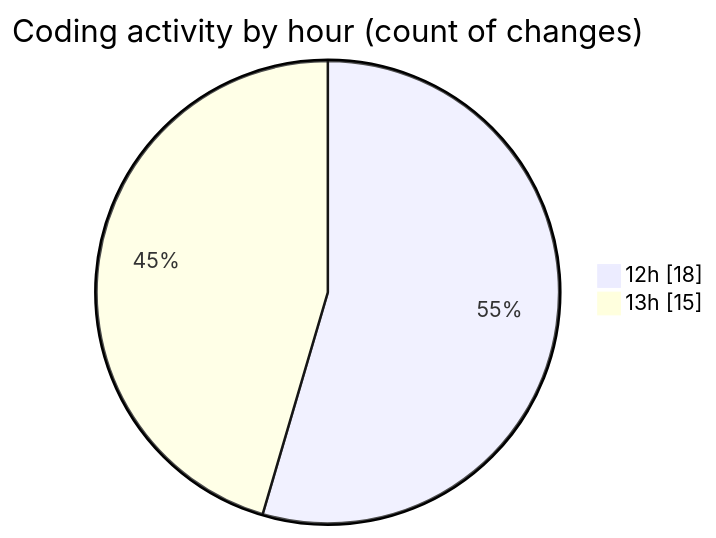
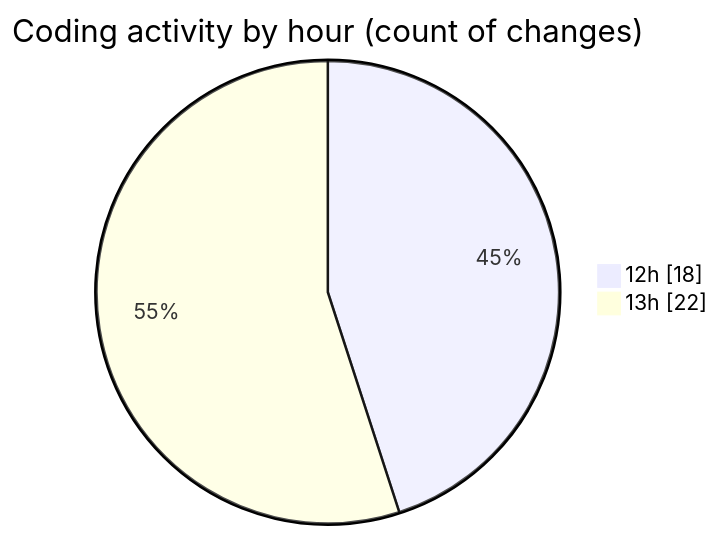
One commit to Netris89/code-tracking changed the second of 2 diagrams in 2025-05-04/date/README.md. Above: the diagram before and after it, drawn with Mermaid. The commit also changed other lines of this file and 1 other file, not shown here.

````diff
--- a/2025-05-04/date/README.md
+++ b/2025-05-04/date/README.md
@@ -36,6 +38,6 @@
 ```mermaid
 pie showData
 title Coding activity by hour (count of changes)
 "12h" : 18
-"13h" : 15
+"13h" : 22
 ```
````
